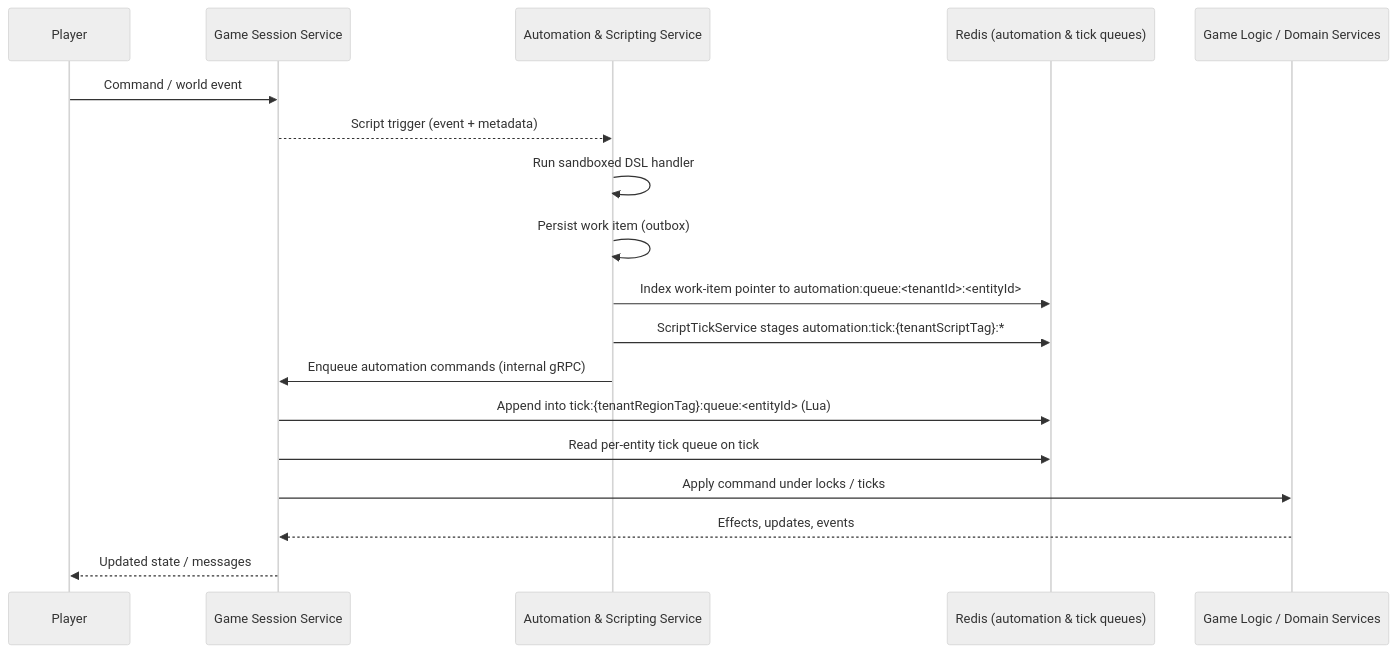
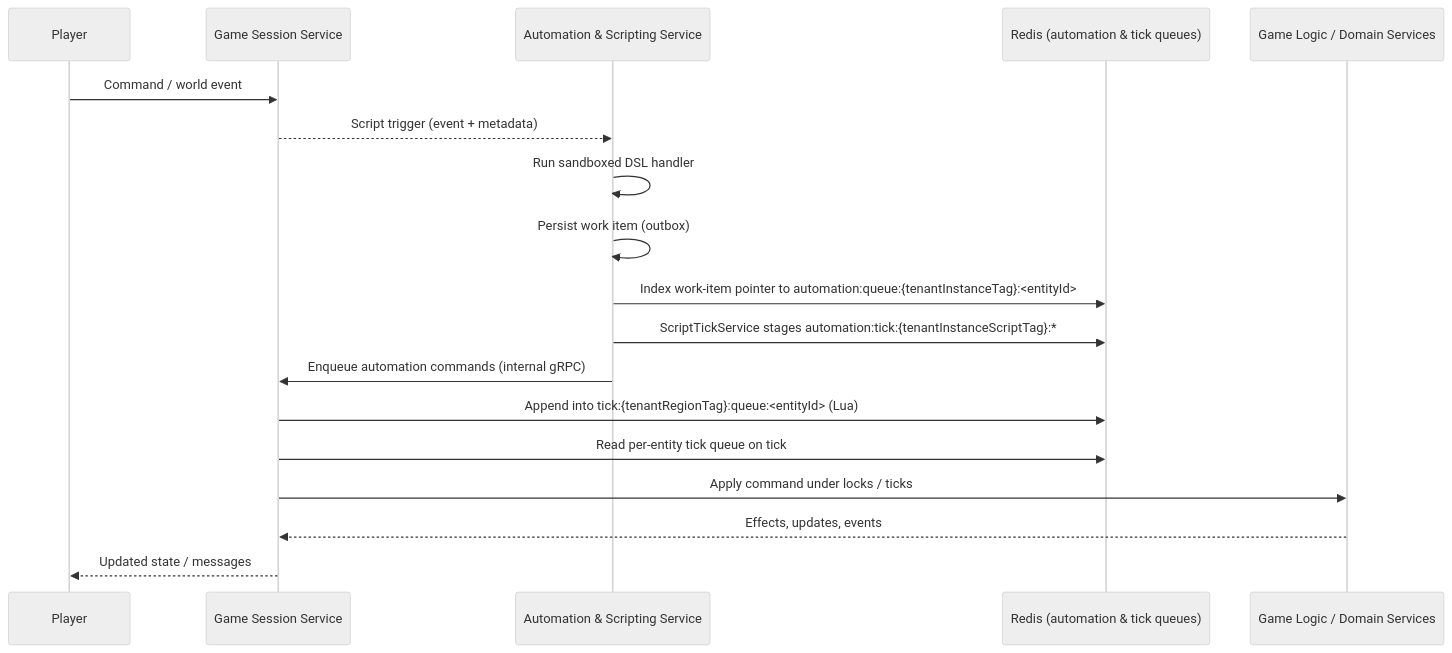
One commit to benhook1013/FireMUD changed the diagram in design/architecture/system-architecture-scripting.md. Above: the diagram before and after it, drawn with Mermaid (neutral theme). The commit also changed other lines of this file and 88 other files, not shown here.

````diff
--- a/design/architecture/system-architecture-scripting.md
+++ b/design/architecture/system-architecture-scripting.md
@@ -153,21 +154,21 @@
 ```mermaid
 sequenceDiagram
     participant Player
     participant GameSession as Game Session Service
     participant Scripting as Automation & Scripting Service
     participant Redis as Redis (automation & tick queues)
     participant GameLogic as Game Logic / Domain Services
 
     Player->>GameSession: Command / world event
     GameSession-->>Scripting: Script trigger (event + metadata)
     Scripting->>Scripting: Run sandboxed DSL handler
     Scripting->>Scripting: Persist work item (outbox)
-    Scripting->>Redis: Index work-item pointer to automation:queue:<tenantId>:<entityId>
-    Scripting->>Redis: ScriptTickService stages automation:tick:{tenantScriptTag}:*
+    Scripting->>Redis: Index work-item pointer to automation:queue:{tenantInstanceTag}:<entityId>
+    Scripting->>Redis: ScriptTickService stages automation:tick:{tenantInstanceScriptTag}:*
     Scripting->>GameSession: Enqueue automation commands (internal gRPC)
     GameSession->>Redis: Append into tick:{tenantRegionTag}:queue:<entityId> (Lua)
     GameSession->>Redis: Read per-entity tick queue on tick
     GameSession->>GameLogic: Apply command under locks / ticks
     GameLogic-->>GameSession: Effects, updates, events
     GameSession-->>Player: Updated state / messages
 ```
````
